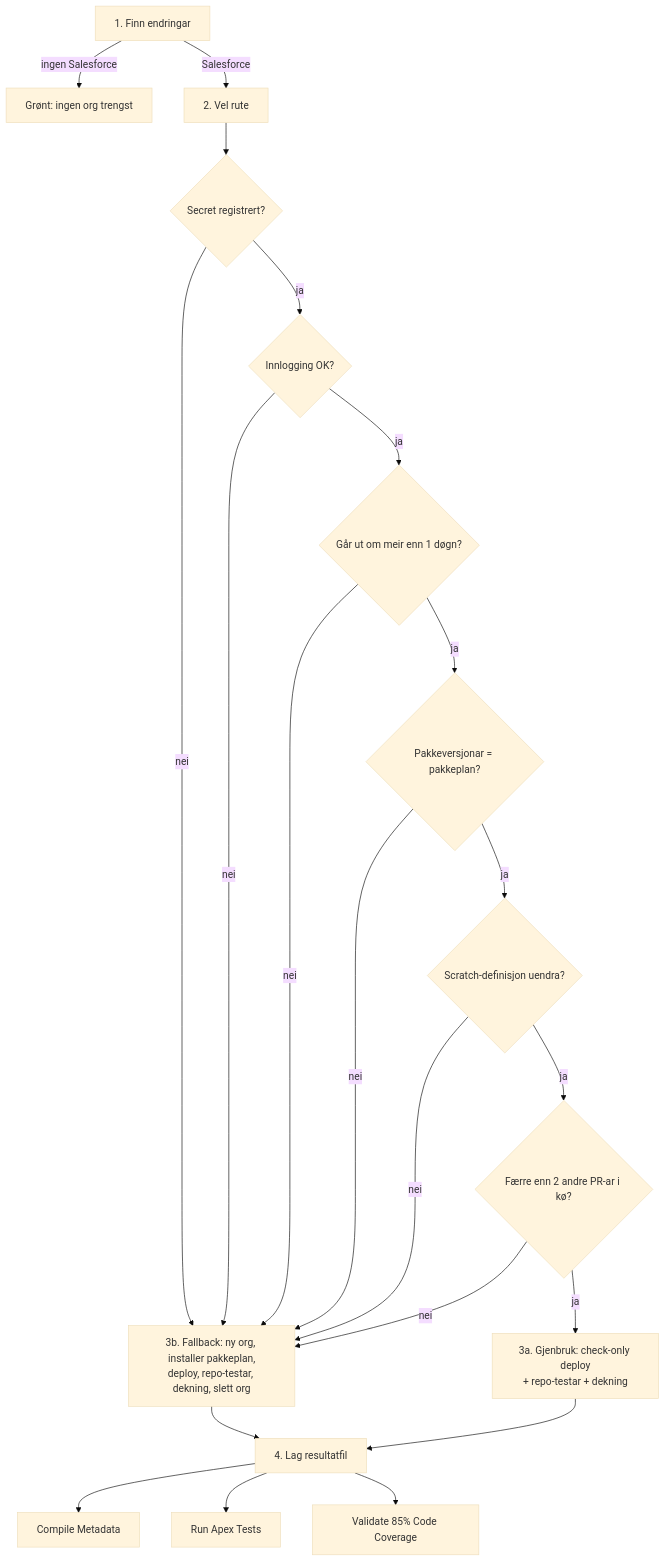
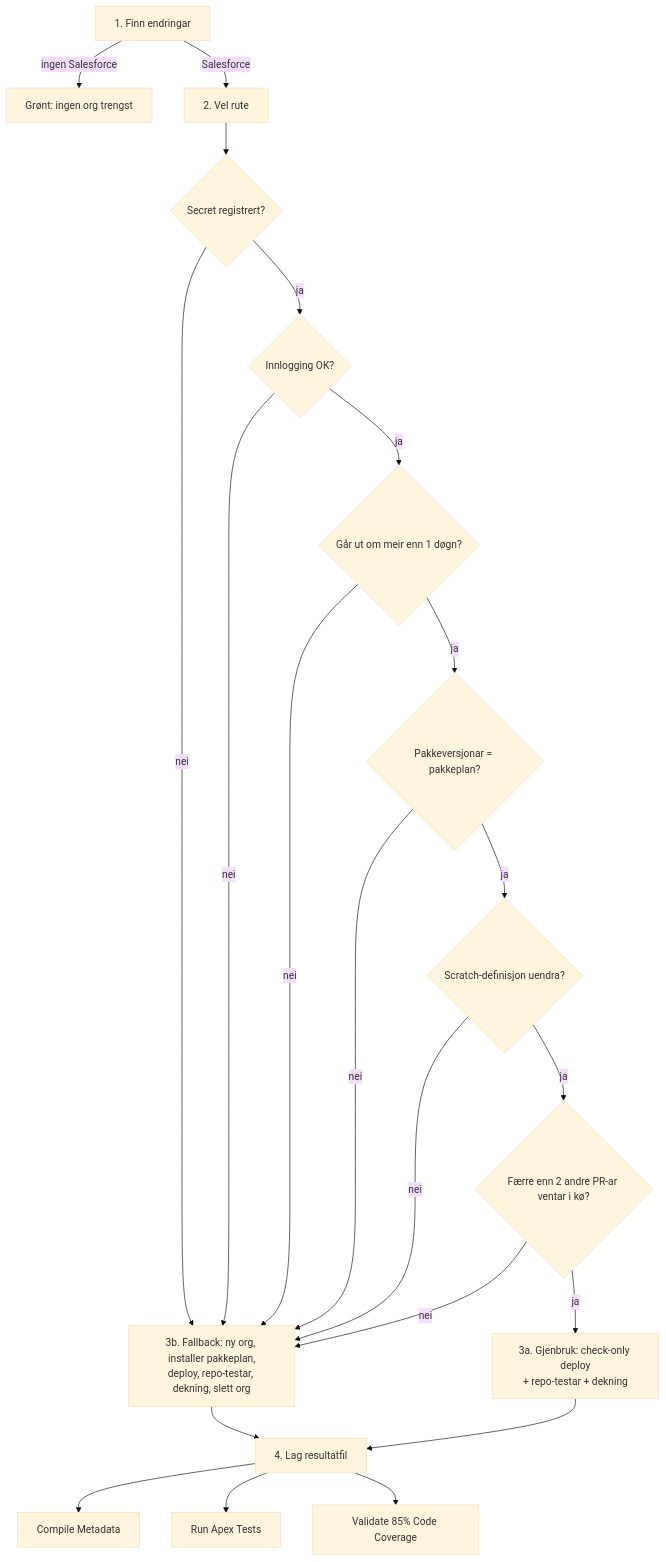
The second of 4 diagrams in .github/specs/reusable-scratch-org-pr-validation.md (navikt/crm-arbeidsforhold), drawn with Mermaid (base theme) before and after one commit. The commit also changed other lines of this file, not shown here.

````diff
--- a/.github/specs/reusable-scratch-org-pr-validation.md
+++ b/.github/specs/reusable-scratch-org-pr-validation.md
@@ -62,25 +62,25 @@
 ```mermaid
 flowchart TD
     A[1. Finn endringar] -->|ingen Salesforce| Z[Grønt: ingen org trengst]
     A -->|Salesforce| B[2. Vel rute]
     B --> B1{Secret registrert?}
     B1 -- nei --> F
     B1 -- ja --> B2{Innlogging OK?}
     B2 -- nei --> F
     B2 -- ja --> B3{Går ut om meir enn 1 døgn?}
     B3 -- nei --> F
     B3 -- ja --> B4{Pakkeversjonar = pakkeplan?}
     B4 -- nei --> F
     B4 -- ja --> B5{Scratch-definisjon uendra?}
     B5 -- nei --> F
-    B5 -- ja --> B6{"Færre enn 2 andre PR-ar i kø?"}
+    B5 -- ja --> B6{"Færre enn 2 andre PR-ar ventar i kø?"}
     B6 -- nei --> F
     B6 -- ja --> RU
 
     RU[3a. Gjenbruk: check-only deploy<br/>+ repo-testar + dekning] --> G
     F[3b. Fallback: ny org, installer pakkeplan,<br/>deploy, repo-testar, dekning, slett org] --> G
 
     G[4. Lag resultatfil] --> H1[Compile Metadata]
     G --> H2[Run Apex Tests]
     G --> H3[Validate 85% Code Coverage]
 ```
````
